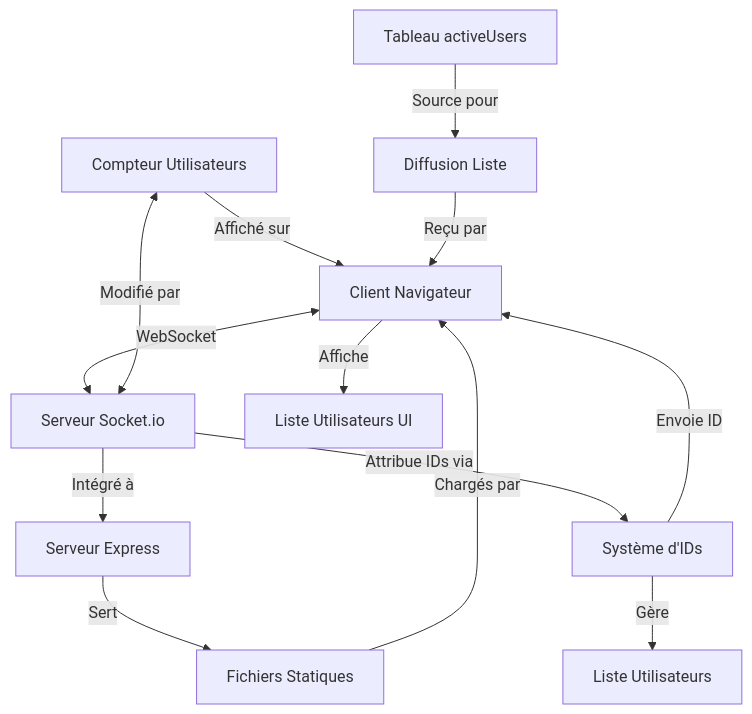
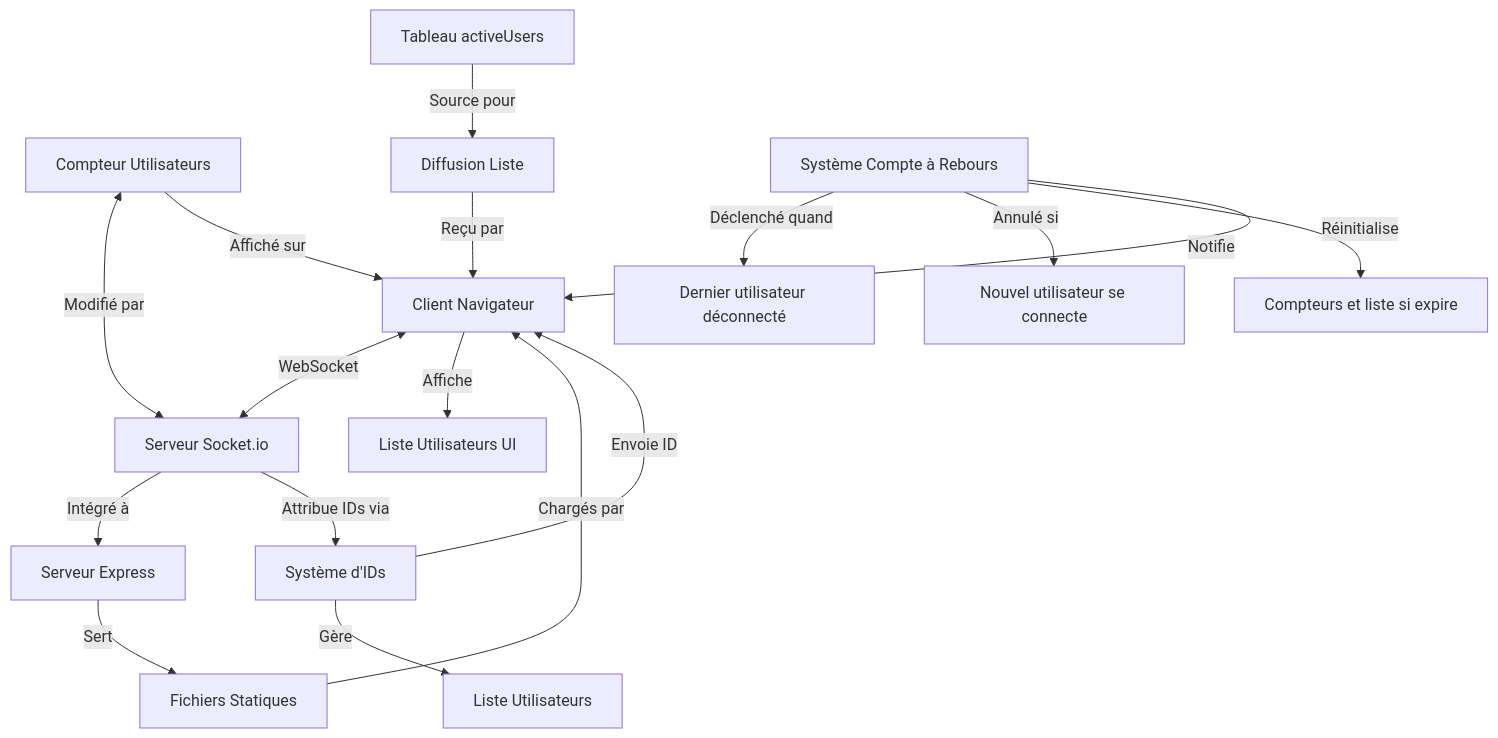
One commit to nicolasmbronner/basic-websocket-prototype changed the diagram in README.md. Above: the diagram before and after it, drawn with Mermaid. The commit also changed other lines of this file and 5 other files, not shown here.

````diff
--- a/README.md
+++ b/README.md
@@ -15,18 +15,23 @@
 ```mermaid
 graph TD
     A[Client Navigateur] <-->|WebSocket| B[Serveur Socket.io]
     B -->|Intégré à| C[Serveur Express]
     C -->|Sert| D[Fichiers Statiques]
     D -->|Chargés par| A
     
     E[Compteur Utilisateurs] <-->|Modifié par| B
     E -->|Affiché sur| A
     
     F[Système d'IDs] -->|Gère| G[Liste Utilisateurs]
     B -->|Attribue IDs via| F
     F -->|Envoie ID| A
     
     H[Tableau activeUsers] -->|Source pour| I[Diffusion Liste]
     I -->|Reçu par| A
     A -->|Affiche| J[Liste Utilisateurs UI]
+    
+    K[Système Compte à Rebours] -->|Déclenché quand| L[Dernier utilisateur déconnecté]
+    K -->|Annulé si| M[Nouvel utilisateur se connecte]
+    K -->|Réinitialise| N[Compteurs et liste si expire]
+    K -->|Notifie| A
 ```
````
